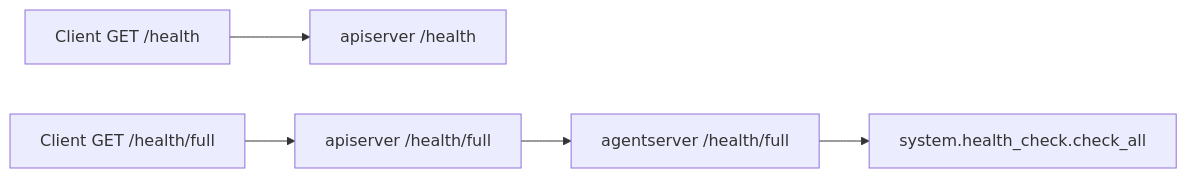
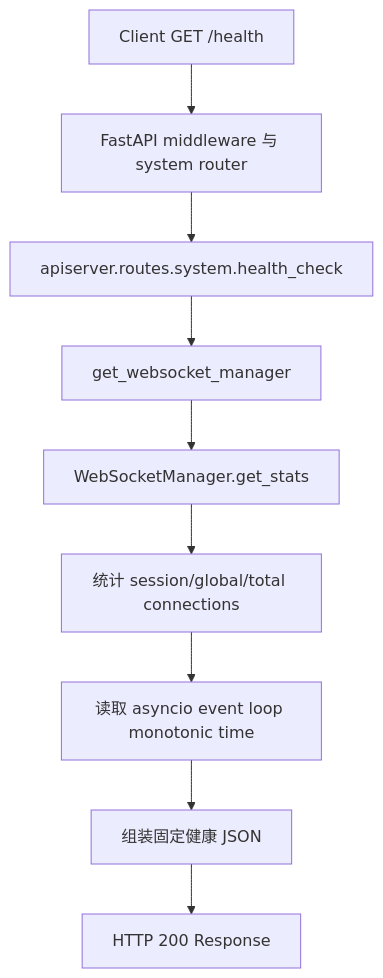
One commit to tsukiyomu/NagaAgent-main changed the third of 4 diagrams in docs/architecture/p2_api.md. Above: the diagram before and after it, drawn with Mermaid. The commit also changed other lines of this file and 16 other files, not shown here.

````diff
--- a/docs/architecture/p2_api.md
+++ b/docs/architecture/p2_api.md
@@ -164,7 +176,12 @@
 ```mermaid
-flowchart LR
-  A[Client GET /health] --> B[apiserver /health]
-  A2[Client GET /health/full] --> C[apiserver /health/full]
-  C --> D[agentserver /health/full]
-  D --> E[system.health_check.check_all]
+flowchart TD
+  A[Client GET /health]
+  A --> B[FastAPI middleware 与 system router]
+  B --> C[apiserver.routes.system.health_check]
+  C --> D[get_websocket_manager]
+  D --> E[WebSocketManager.get_stats]
+  E --> F[统计 session/global/total connections]
+  F --> G[读取 asyncio event loop monotonic time]
+  G --> H[组装固定健康 JSON]
+  H --> I[HTTP 200 Response]
 ```
````
